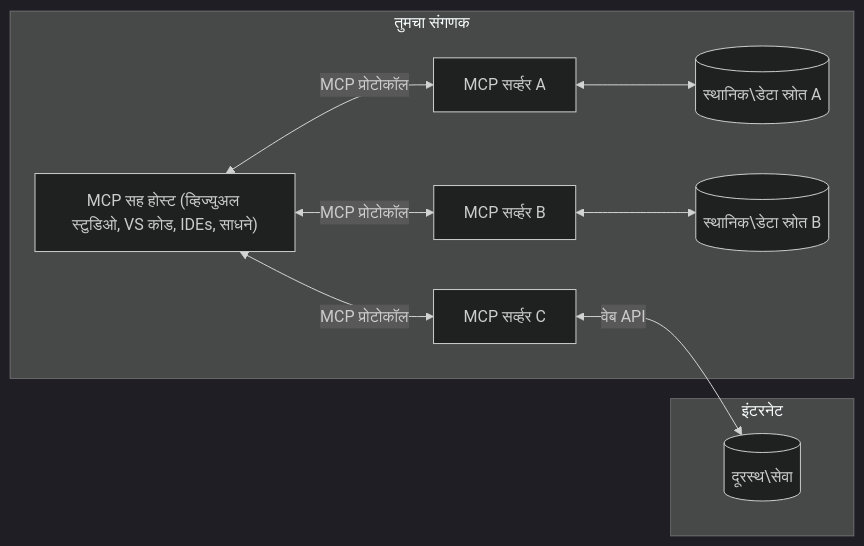
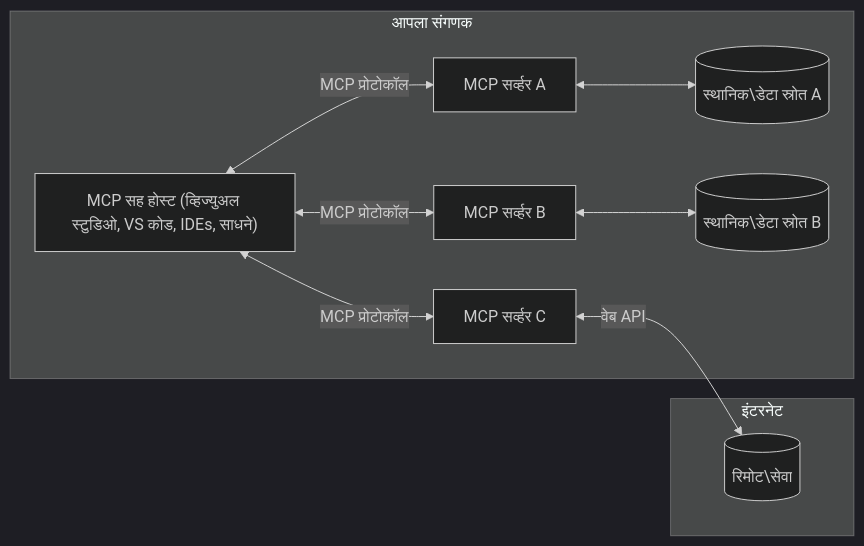
The diagram in translations/mr/01-CoreConcepts/README.md (Mu-L/mcp-for-beginners), drawn with Mermaid (dark theme) before and after one commit. The commit also changed other lines of this file and 5 other files, not shown here.

````diff
--- a/translations/mr/01-CoreConcepts/README.md
+++ b/translations/mr/01-CoreConcepts/README.md
@@ -45,17 +45,17 @@
 ```mermaid
 flowchart LR
-    subgraph "तुमचा संगणक"
+    subgraph "आपला संगणक"
         Host["MCP सह होस्ट (व्हिज्युअल स्टुडिओ, VS कोड, IDEs, साधने)"]
         S1["MCP सर्व्हर A"]
         S2["MCP सर्व्हर B"]
         S3["MCP सर्व्हर C"]
         Host <-->|"MCP प्रोटोकॉल"| S1
         Host <-->|"MCP प्रोटोकॉल"| S2
         Host <-->|"MCP प्रोटोकॉल"| S3
         S1 <--> D1[("स्थानिक\डेटा स्रोत A")]
         S2 <--> D2[("स्थानिक\डेटा स्रोत B")]
     end
     subgraph "इंटरनेट"
-        S3 <-->|"वेब API"| D3[("दूरस्थ\सेवा")]
+        S3 <-->|"वेब API"| D3[("रिमोट\सेवा")]
     end
 ```
````
